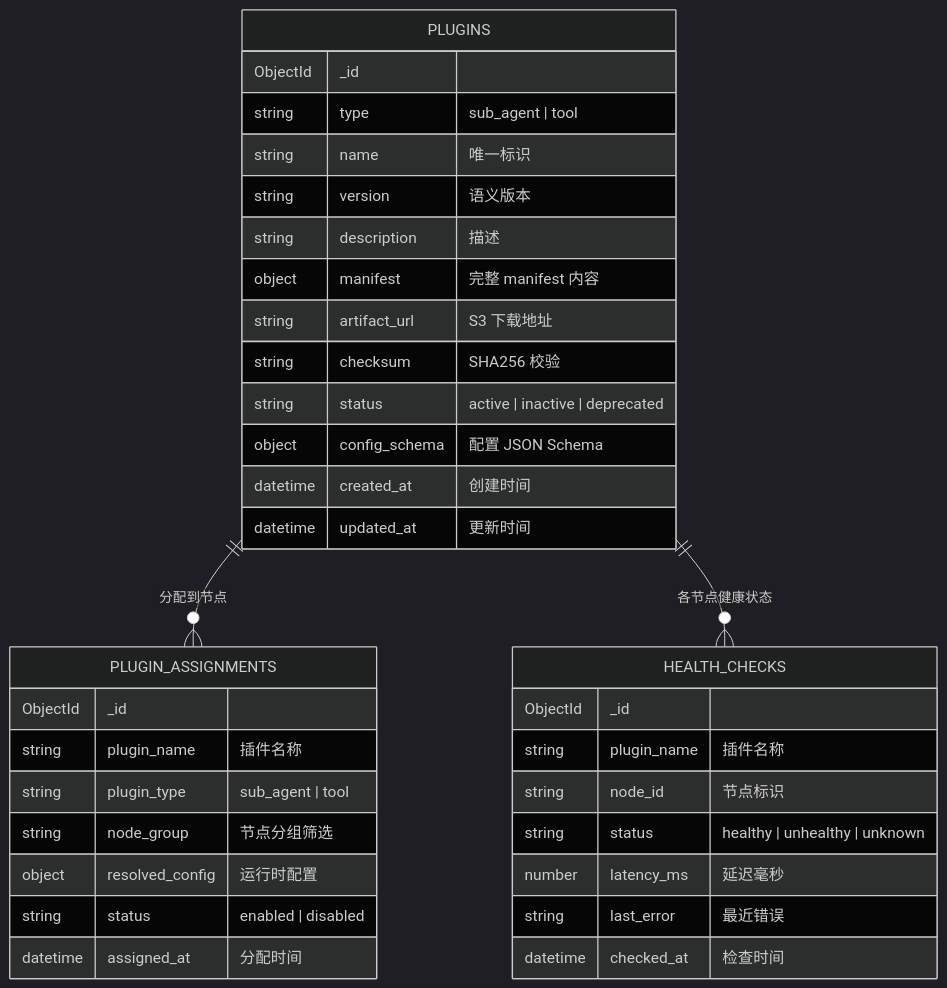
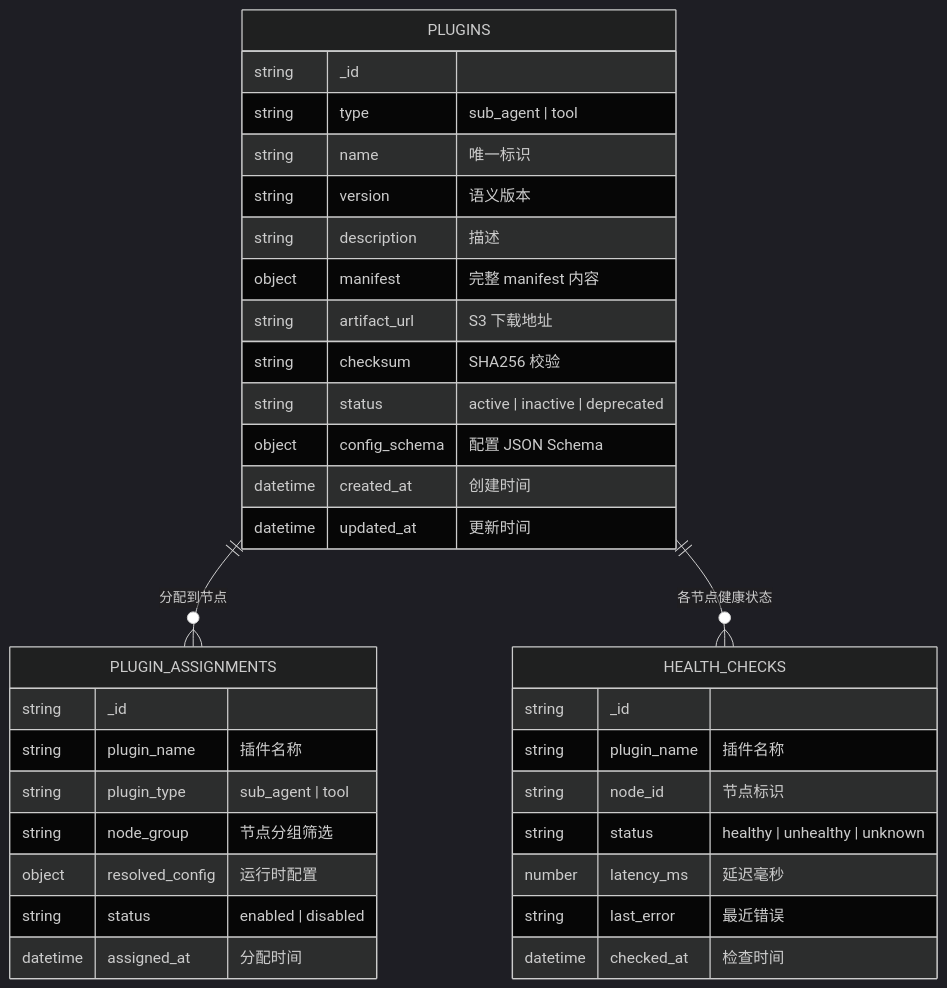
One commit to heelynn/artipivot changed diagram 12 of 20 in doc/DESIGN.md. Above: the diagram before and after it, drawn with Mermaid (dark theme). The commit also changed other lines of this file and 58 other files, not shown here.

````diff
--- a/doc/DESIGN.md
+++ b/doc/DESIGN.md
@@ -1185,41 +1187,41 @@
 ```mermaid
 erDiagram
     PLUGINS {
-        ObjectId _id
+        string _id
         string type "sub_agent | tool"
         string name "唯一标识"
         string version "语义版本"
         string description "描述"
         object manifest "完整 manifest 内容"
         string artifact_url "S3 下载地址"
         string checksum "SHA256 校验"
         string status "active | inactive | deprecated"
         object config_schema "配置 JSON Schema"
         datetime created_at "创建时间"
         datetime updated_at "更新时间"
     }
 
     PLUGIN_ASSIGNMENTS {
-        ObjectId _id
+        string _id
         string plugin_name "插件名称"
         string plugin_type "sub_agent | tool"
         string node_group "节点分组筛选"
         object resolved_config "运行时配置"
         string status "enabled | disabled"
         datetime assigned_at "分配时间"
     }
 
     PLUGINS ||--o{ PLUGIN_ASSIGNMENTS : "分配到节点"
 
     HEALTH_CHECKS {
-        ObjectId _id
+        string _id
         string plugin_name "插件名称"
         string node_id "节点标识"
         string status "healthy | unhealthy | unknown"
         number latency_ms "延迟毫秒"
         string last_error "最近错误"
         datetime checked_at "检查时间"
     }
 
     PLUGINS ||--o{ HEALTH_CHECKS : "各节点健康状态"
 ```
````
